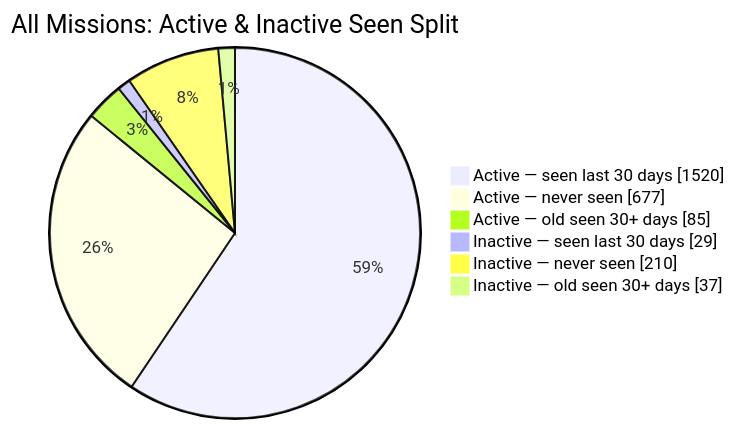
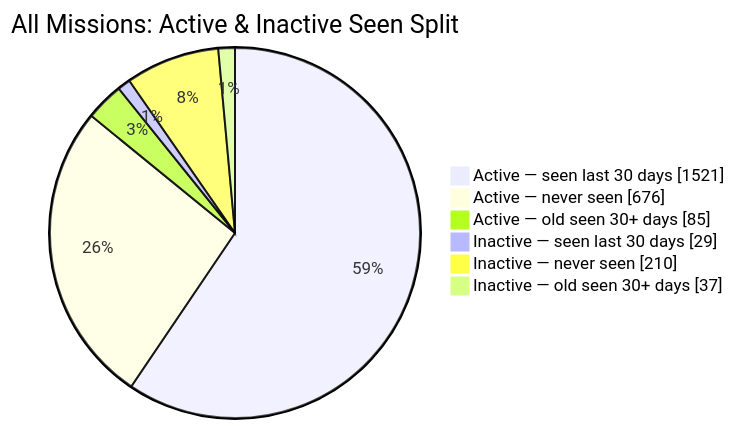
One commit to MeldkamerspelGameTeam/active-missions changed the second of 2 diagrams in README.md. Above: the diagram before and after it, drawn with Mermaid. The commit also changed other lines of this file and 2 other files, not shown here.

````diff
--- a/README.md
+++ b/README.md
@@ -44,10 +44,10 @@
 ```mermaid
 pie showData
     title All Missions: Active & Inactive Seen Split
-    "Active — seen last 30 days" : 1520
-    "Active — never seen" : 677
+    "Active — seen last 30 days" : 1521
+    "Active — never seen" : 676
     "Active — old seen 30+ days" : 85
     "Inactive — seen last 30 days" : 29
     "Inactive — never seen" : 210
     "Inactive — old seen 30+ days" : 37
 ```
````
